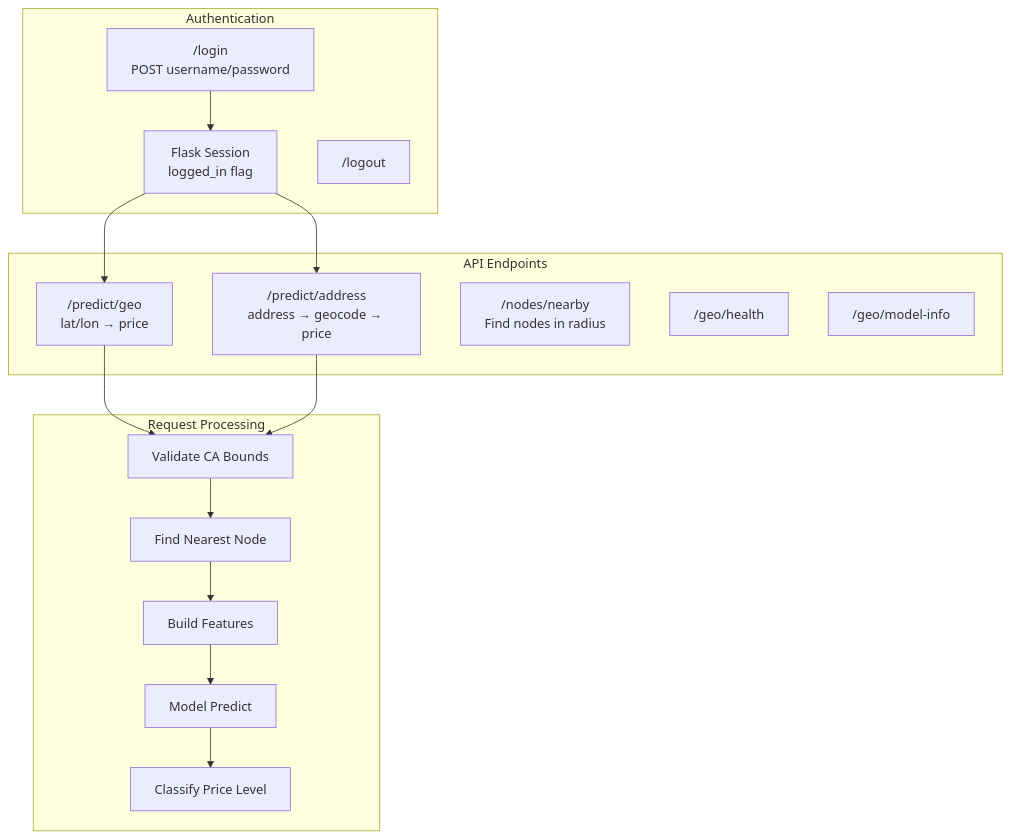
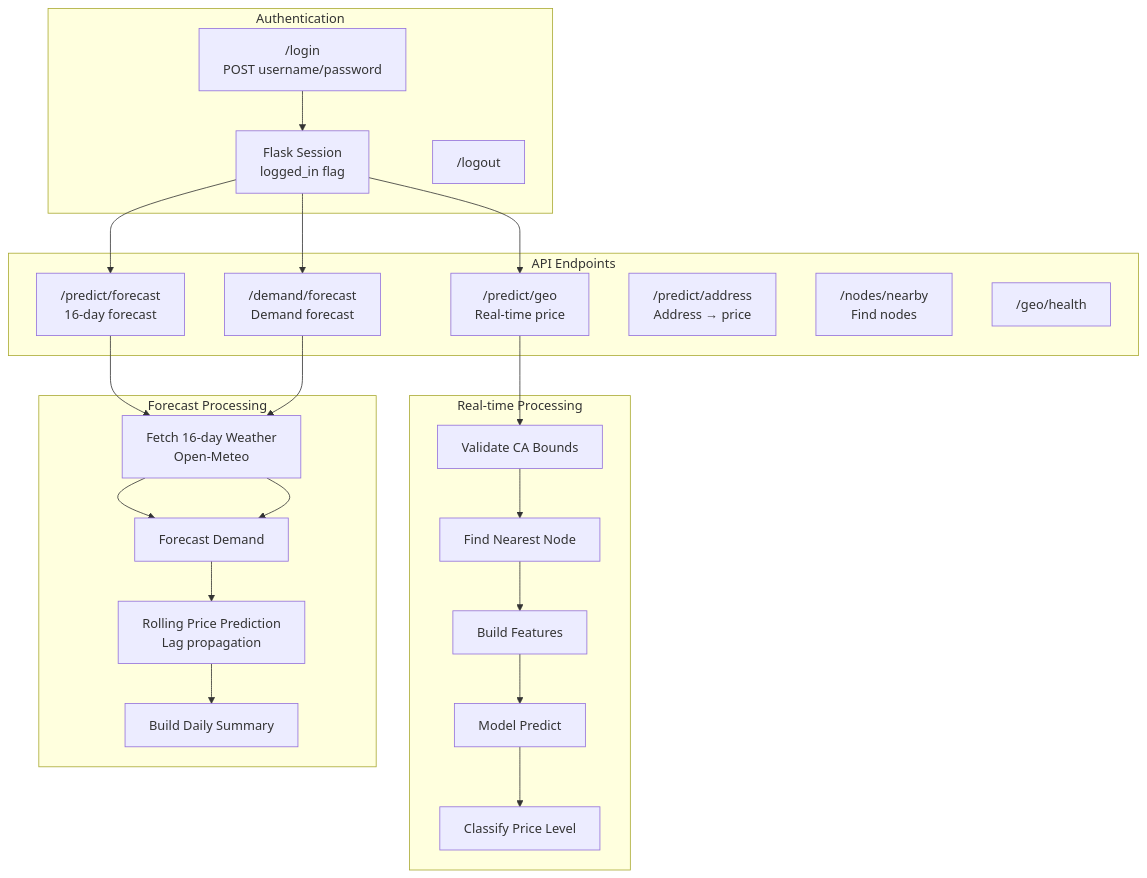
The eighth of 15 diagrams in architecture.md (nicechester/smart-grid-prediction), drawn with Mermaid before and after one commit. The commit also changed other lines of this file and 4 other files, not shown here.

````diff
--- a/architecture.md
+++ b/architecture.md
@@ -277,35 +354,42 @@
 ```mermaid
 flowchart TB
     subgraph Auth["Authentication"]
         Login["/login<br/>POST username/password"]
         Session["Flask Session<br/>logged_in flag"]
         Logout["/logout"]
     end
     
     subgraph Endpoints["API Endpoints"]
-        GeoPredict["/predict/geo<br/>lat/lon → price"]
-        AddrPredict["/predict/address<br/>address → geocode → price"]
-        Nearby["/nodes/nearby<br/>Find nodes in radius"]
+        GeoPredict["/predict/geo<br/>Real-time price"]
+        Forecast["/predict/forecast<br/>16-day forecast"]
+        Demand["/demand/forecast<br/>Demand forecast"]
+        AddrPredict["/predict/address<br/>Address → price"]
+        Nearby["/nodes/nearby<br/>Find nodes"]
         Health["/geo/health"]
-        Info["/geo/model-info"]
     end
     
-    subgraph Processing["Request Processing"]
+    subgraph RealTime["Real-time Processing"]
         Validate["Validate CA Bounds"]
         FindNode["Find Nearest Node"]
         BuildFeat["Build Features"]
         Predict["Model Predict"]
         Classify["Classify Price Level"]
     end
     
+    subgraph ForecastProc["Forecast Processing"]
+        FetchWeather["Fetch 16-day Weather<br/>Open-Meteo"]
+        ForecastDemand["Forecast Demand"]
+        RollingPredict["Rolling Price Prediction<br/>Lag propagation"]
+        DailySummary["Build Daily Summary"]
+    end
+    
     Login --> Session
     Session --> GeoPredict
-    Session --> AddrPredict
+    Session --> Forecast
+    Session --> Demand
     
-    GeoPredict --> Validate
-    AddrPredict --> Validate
-    Validate --> FindNode
-    FindNode --> BuildFeat
-    BuildFeat --> Predict
-    Predict --> Classify
+    GeoPredict --> Validate --> FindNode --> BuildFeat --> Predict --> Classify
+    
+    Forecast --> FetchWeather --> ForecastDemand --> RollingPredict --> DailySummary
+    Demand --> FetchWeather --> ForecastDemand
 ```
````
